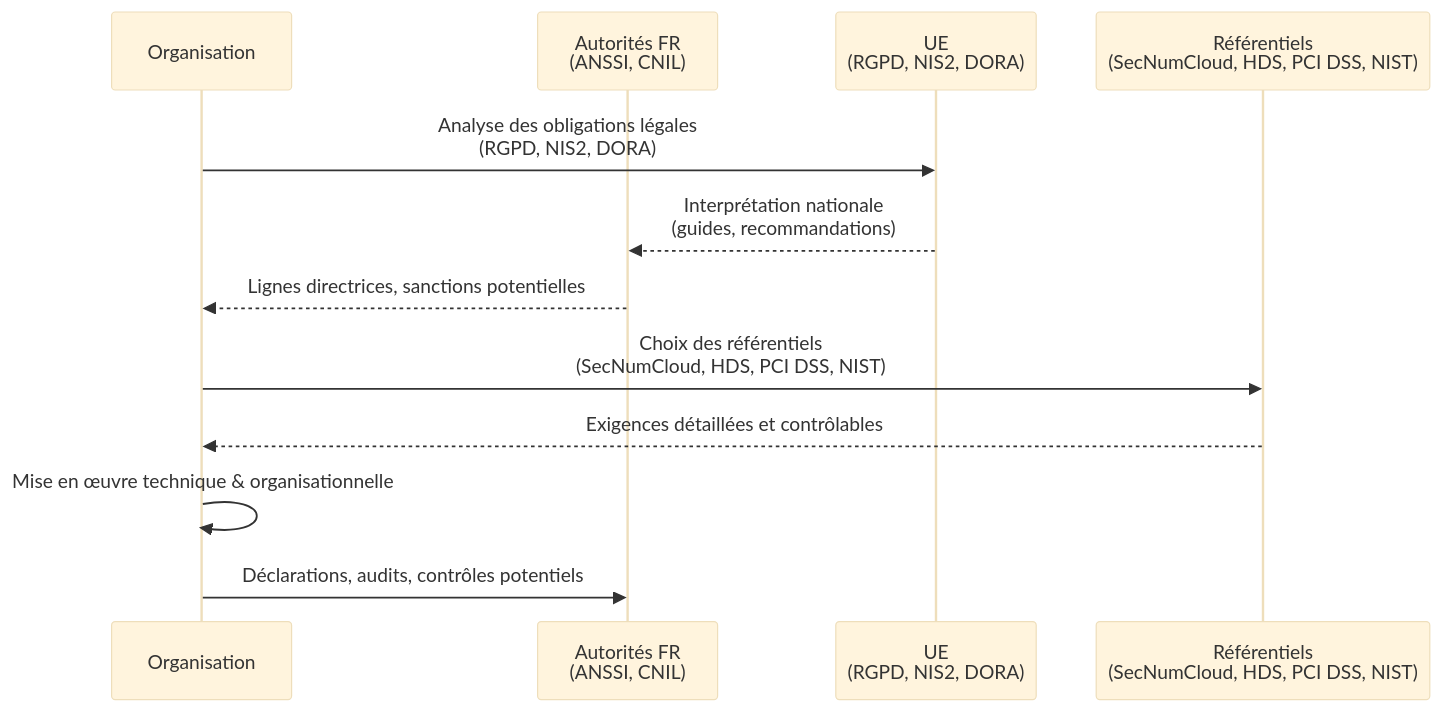
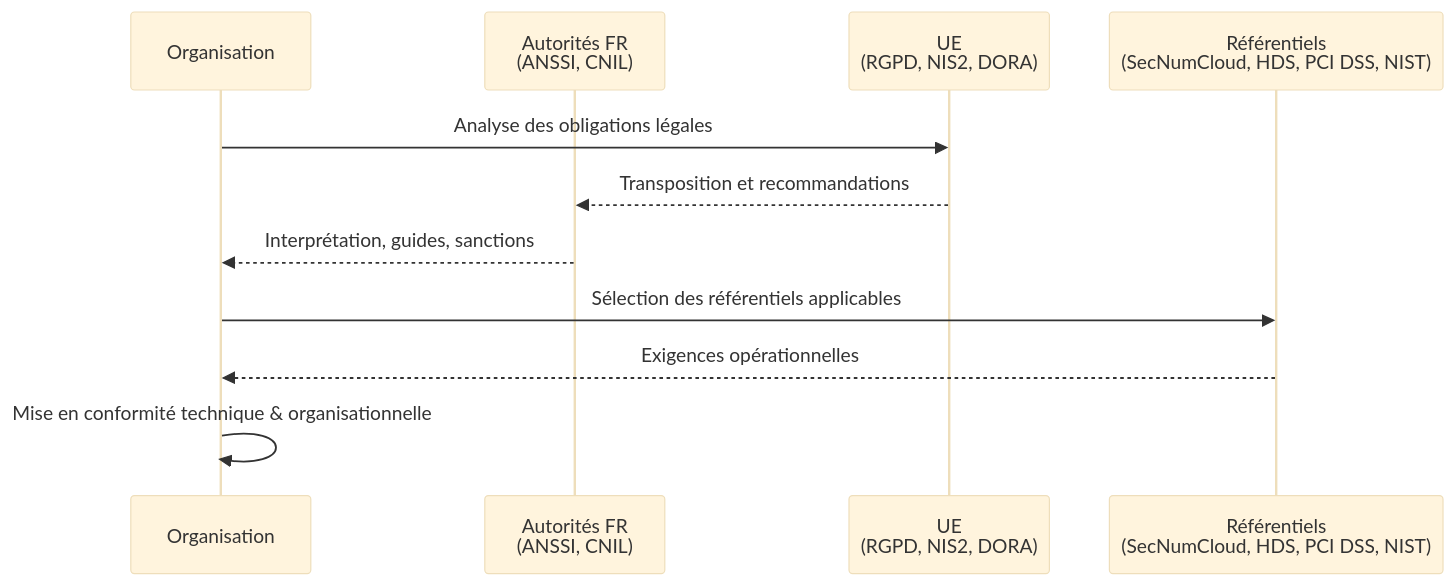
One commit to zyrass/omnydocs changed the second of 2 diagrams in docs/cyber/refs-normes/index.md. Above: the diagram before and after it, drawn with Mermaid (base theme). The commit also changed other lines of this file and 14 other files, not shown here.

````diff
--- a/docs/cyber/refs-normes/index.md
+++ b/docs/cyber/refs-normes/index.md
@@ -207,17 +116,16 @@
 ```mermaid
 sequenceDiagram
     participant Org as Organisation
     participant FR as Autorités FR<br/>(ANSSI, CNIL)
     participant EU as UE<br/>(RGPD, NIS2, DORA)
     participant Ref as Référentiels<br/>(SecNumCloud, HDS, PCI DSS, NIST)
 
-    Org->>EU: Analyse des obligations légales<br/>(RGPD, NIS2, DORA)
-    EU-->>FR: Interprétation nationale<br/>(guides, recommandations)
-    FR-->>Org: Lignes directrices, sanctions potentielles
+    Org->>EU: Analyse des obligations légales
+    EU-->>FR: Transposition et recommandations
+    FR-->>Org: Interprétation, guides, sanctions
 
-    Org->>Ref: Choix des référentiels<br/>(SecNumCloud, HDS, PCI DSS, NIST)
-    Ref-->>Org: Exigences détaillées et contrôlables
+    Org->>Ref: Sélection des référentiels applicables
+    Ref-->>Org: Exigences opérationnelles
 
-    Org->>Org: Mise en œuvre technique & organisationnelle
-    Org->>FR: Déclarations, audits, contrôles potentiels
+    Org->>Org: Mise en conformité technique & organisationnelle
 ```
````
